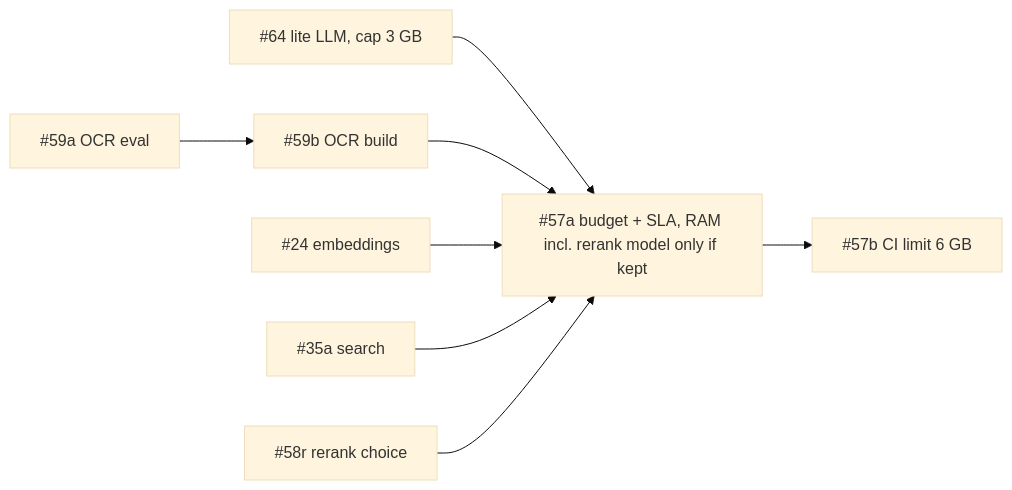
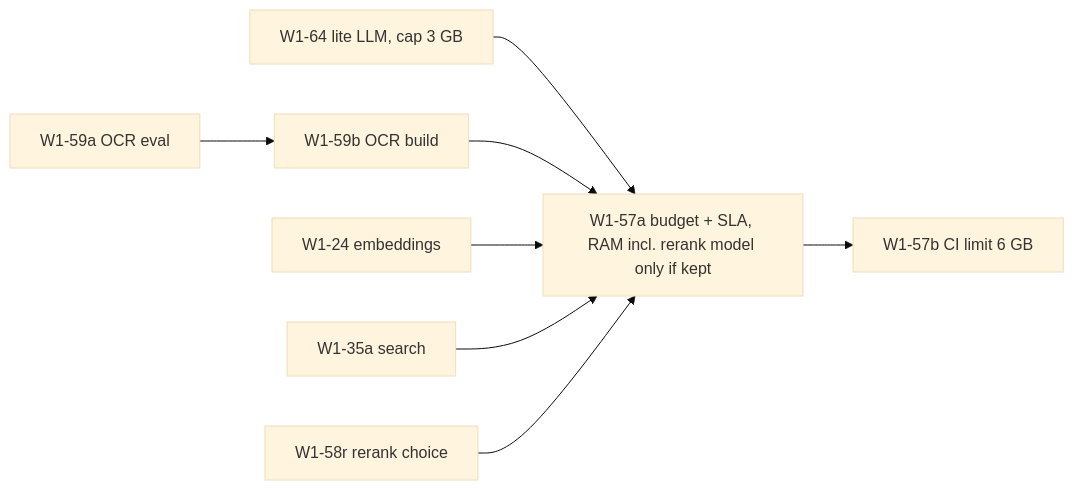
Before and after one commit to Stihotvor/law_by_ai: the ninth of 9 diagrams in docs/design/wave1-mvp/dag.md, drawn with Mermaid (base theme). The commit also changed other lines of this file and 15 other files, not shown here.

````diff
--- a/docs/design/wave1-mvp/dag.md
+++ b/docs/design/wave1-mvp/dag.md
@@ -232,9 +232,9 @@
 ```mermaid
 graph LR
-  LL[#64 lite LLM, cap 3 GB] --> B[#57a budget + SLA, RAM incl. rerank model only if kept]
-  OC[#59a OCR eval] --> OB[#59b OCR build] --> B
-  EM[#24 embeddings] --> B
-  SE[#35a search] --> B
-  RM[#58r rerank choice] --> B
-  B --> En[#57b CI limit 6 GB]
+  LL[W1-64 lite LLM, cap 3 GB] --> B[W1-57a budget + SLA, RAM incl. rerank model only if kept]
+  OC[W1-59a OCR eval] --> OB[W1-59b OCR build] --> B
+  EM[W1-24 embeddings] --> B
+  SE[W1-35a search] --> B
+  RM[W1-58r rerank choice] --> B
+  B --> En[W1-57b CI limit 6 GB]
 ```
````
